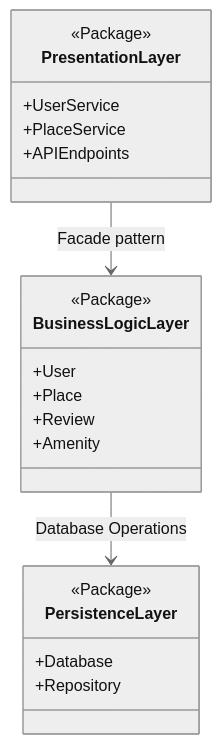
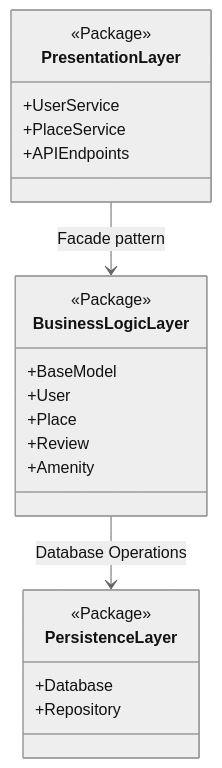
The diagram in part1/Task_0/package_diagram.md (Schpser/holbertonschool-hbnb), drawn with Mermaid (neutral theme) before and after one commit. The commit also changed 2 other files, not shown here.

Commit message:
Business_Logic Diagram + Notes

````diff
--- a/part1/Task_0/package_diagram.md
+++ b/part1/Task_0/package_diagram.md
@@ -1,23 +1,24 @@
 ```mermaid
 classDiagram
     class PresentationLayer {
         <<Package>>
         +UserService
         +PlaceService
         +APIEndpoints
     }
     class BusinessLogicLayer {
         <<Package>>
+        +BaseModel
         +User
         +Place
         +Review
         +Amenity
     }
     class PersistenceLayer {
         <<Package>>
         +Database
         +Repository
     }
     PresentationLayer --> BusinessLogicLayer : Facade pattern
     BusinessLogicLayer --> PersistenceLayer : Database Operations
 ```
````
